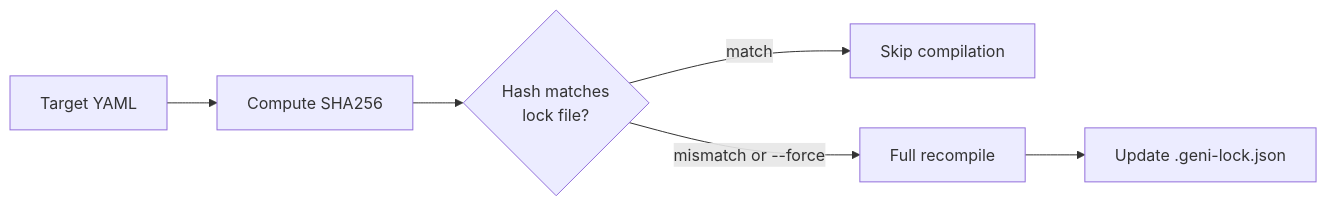
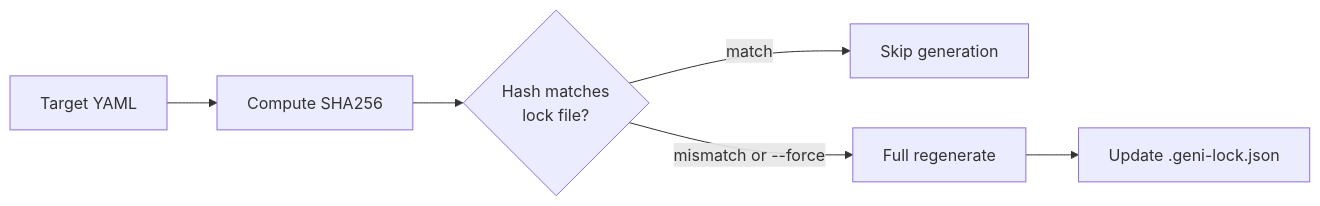
The ninth of 16 diagrams in ARCHITECTURE.md (AgathEmmanuel/geni), drawn with Mermaid before and after one commit. The commit also changed other lines of this file and 46 other files, not shown here.

````diff
--- a/ARCHITECTURE.md
+++ b/ARCHITECTURE.md
@@ -313,13 +352,13 @@
 ```mermaid
 flowchart LR
     Input["Target YAML"]
     Hash["Compute SHA256"]
     Compare{Hash matches<br/>lock file?}
-    Skip["Skip compilation"]
-    Recompile["Full recompile"]
+    Skip["Skip generation"]
+    Regenerate["Full regenerate"]
     Update["Update .geni-lock.json"]
 
     Input --> Hash --> Compare
     Compare -->|match| Skip
-    Compare -->|mismatch or --force| Recompile --> Update
+    Compare -->|mismatch or --force| Regenerate --> Update
 ```
````
